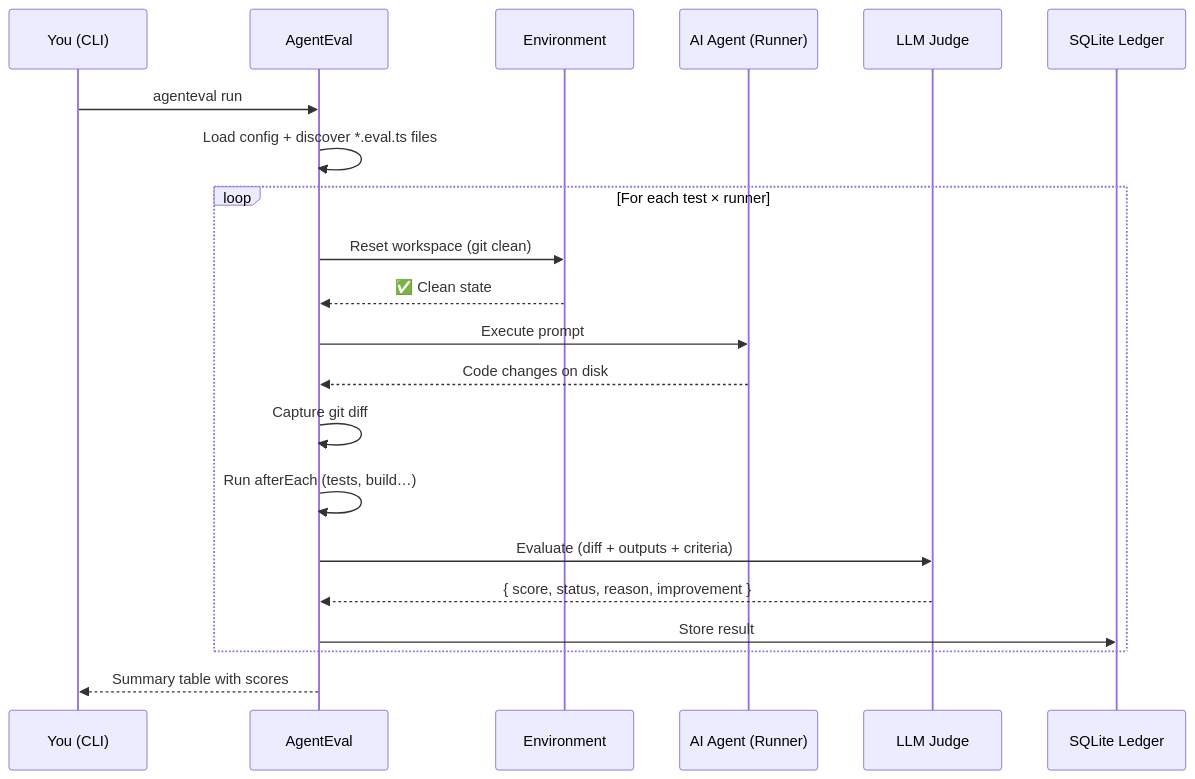
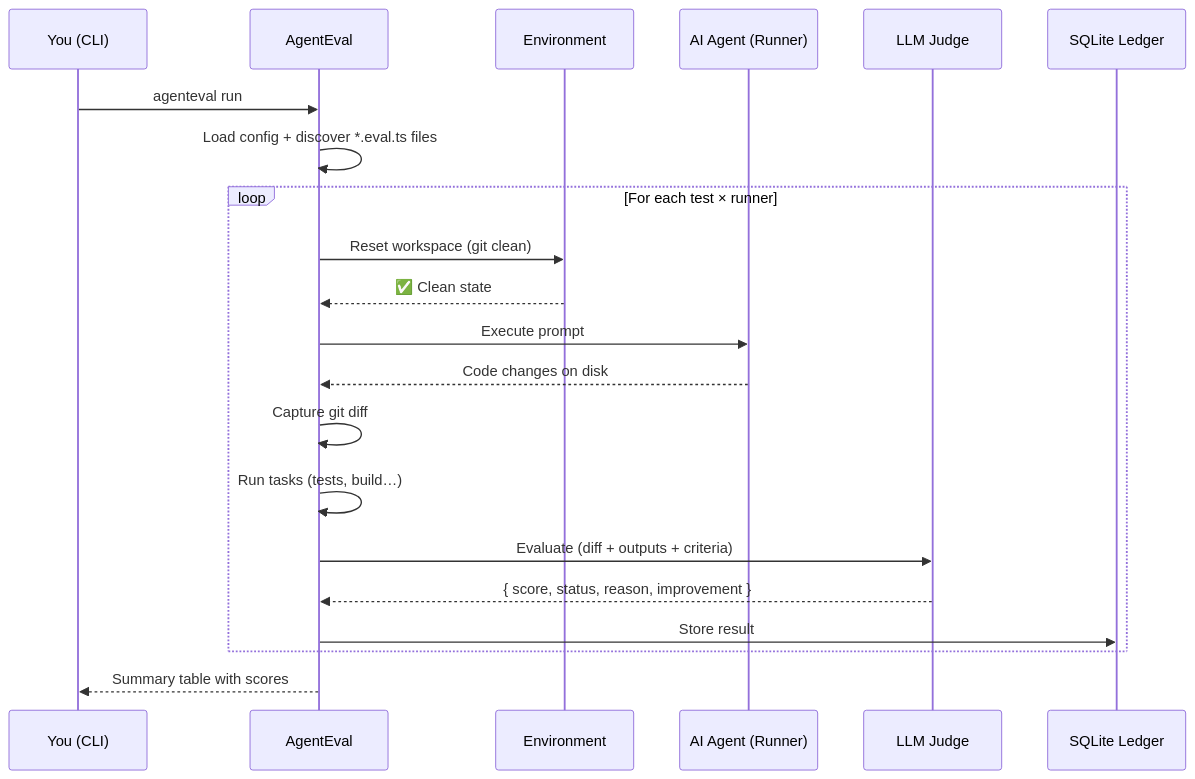
The fourth of 4 diagrams in apps/docs/guide/introduction.md (Tlahey/agent-eval), drawn with Mermaid before and after one commit. The commit also changed other lines of this file and 23 other files, not shown here.

First line of the commit message:
refactor: remove deprecated config afterEach commands

````diff
--- a/apps/docs/guide/introduction.md
+++ b/apps/docs/guide/introduction.md
@@ -173,26 +173,26 @@
 ```mermaid
 sequenceDiagram
     participant CLI as You (CLI)
     participant AE as AgentEval
     participant ENV as Environment
     participant AGENT as AI Agent (Runner)
     participant JUDGE as LLM Judge
     participant DB as SQLite Ledger
 
     CLI->>AE: agenteval run
     AE->>AE: Load config + discover *.eval.ts files
 
     loop For each test × runner
         AE->>ENV: Reset workspace (git clean)
         ENV-->>AE: ✅ Clean state
         AE->>AGENT: Execute prompt
         AGENT-->>AE: Code changes on disk
         AE->>AE: Capture git diff
-        AE->>AE: Run afterEach (tests, build…)
+        AE->>AE: Run tasks (tests, build…)
         AE->>JUDGE: Evaluate (diff + outputs + criteria)
         JUDGE-->>AE: { score, status, reason, improvement }
         AE->>DB: Store result
     end
 
     AE-->>CLI: Summary table with scores
 ```
````
